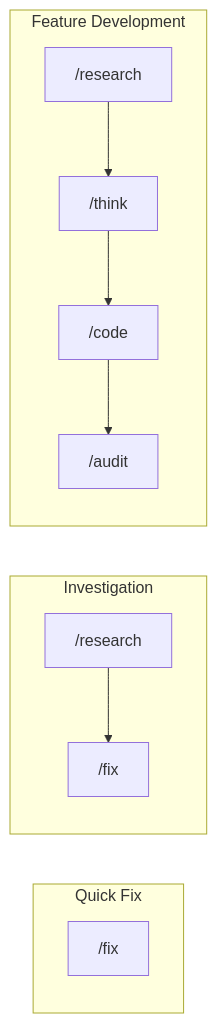
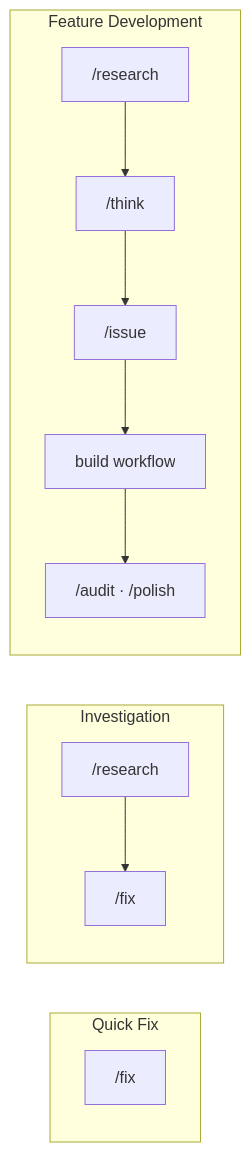
One commit to thkt/claude-config changed the second of 2 diagrams in .ja/docs/DESIGN.md. Above: the diagram before and after it, drawn with Mermaid. The commit also changed other lines of this file and 5 other files, not shown here.

First line of the commit message:
docs: COMMANDS.md を build workflow 中心の開発フロー文書に書き換える

````diff
--- a/.ja/docs/DESIGN.md
+++ b/.ja/docs/DESIGN.md
@@ -133,12 +133,12 @@
 ```mermaid
 flowchart LR
     subgraph Quick["Quick Fix"]
         F["/fix"]
     end
     subgraph Investigate["Investigation"]
         R1["/research"] --> F2["/fix"]
     end
     subgraph Feature["Feature Development"]
-        R2["/research"] --> T["/think"] --> C["/code"] --> A["/audit"]
+        R2["/research"] --> T["/think"] --> I["/issue"] --> B["build workflow"] --> A["/audit · /polish"]
     end
 ```
````
